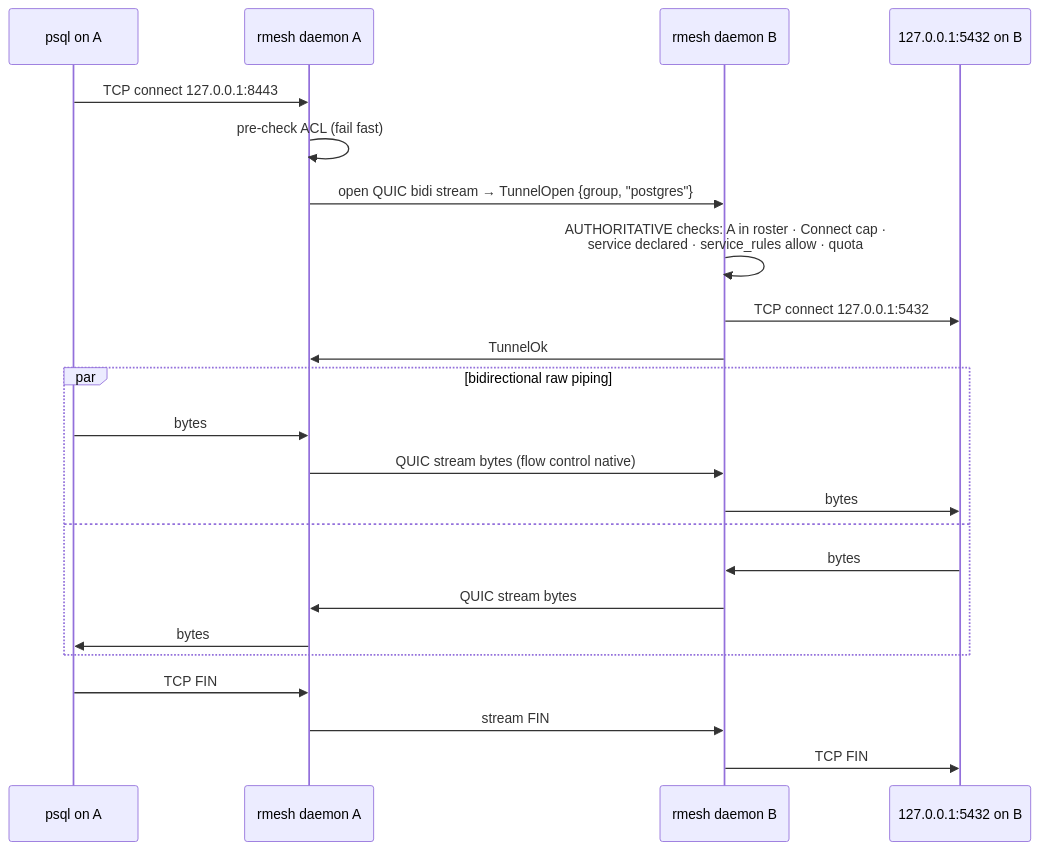
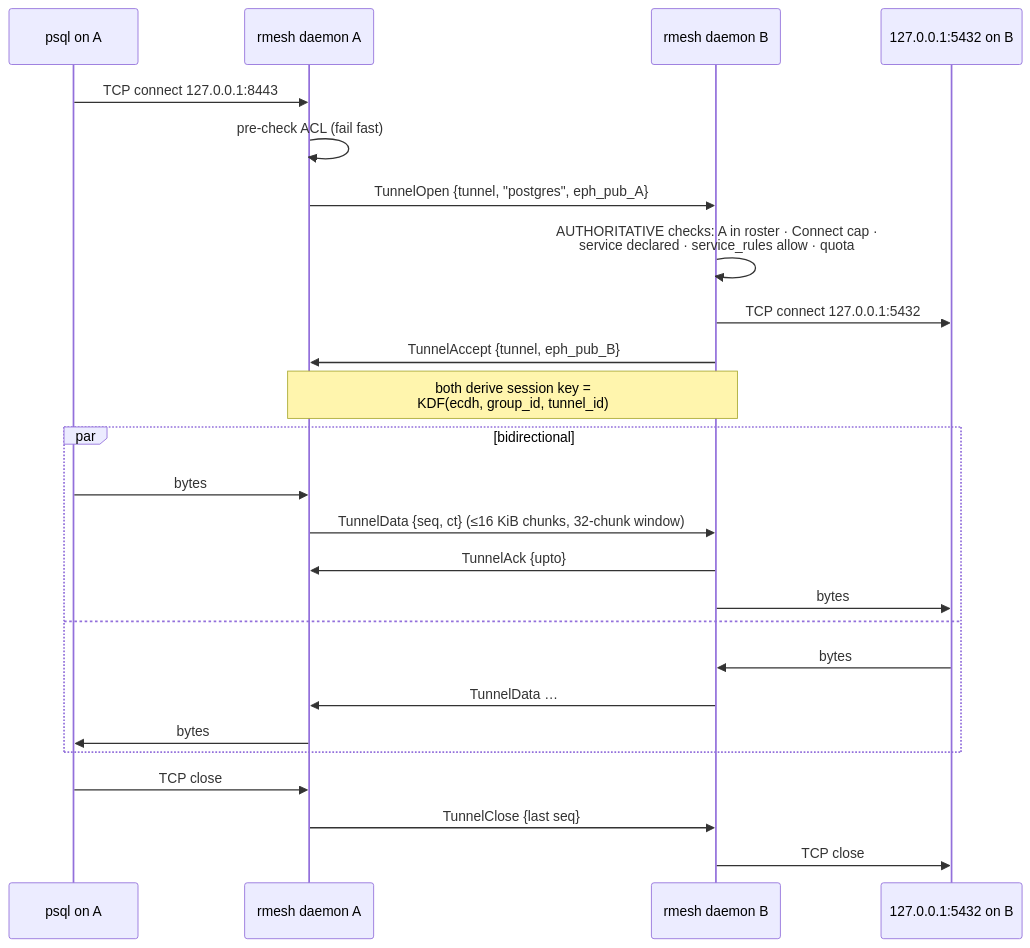
The fourth of 5 diagrams in docs/04-protocols.md (xoriors/rmesh), drawn with Mermaid before and after one commit. The commit also changed other lines of this file and 7 other files, not shown here.

````diff
--- a/docs/04-protocols.md
+++ b/docs/04-protocols.md
@@ -88,25 +93,27 @@
 ```mermaid
 sequenceDiagram
     participant App as psql on A
     participant A as rmesh daemon A
     participant B as rmesh daemon B
     participant S as 127.0.0.1:5432 on B
     App->>A: TCP connect 127.0.0.1:8443
     A->>A: pre-check ACL (fail fast)
-    A->>B: open QUIC bidi stream → TunnelOpen {group, "postgres"}
+    A->>B: TunnelOpen {tunnel, "postgres", eph_pub_A}
     B->>B: AUTHORITATIVE checks: A in roster · Connect cap ·<br/>service declared · service_rules allow · quota
     B->>S: TCP connect 127.0.0.1:5432
-    B->>A: TunnelOk
-    par bidirectional raw piping
+    B->>A: TunnelAccept {tunnel, eph_pub_B}
+    Note over A,B: both derive session key =<br/>KDF(ecdh, group_id, tunnel_id)
+    par bidirectional
         App->>A: bytes
-        A->>B: QUIC stream bytes (flow control native)
+        A->>B: TunnelData {seq, ct} (≤16 KiB chunks, 32-chunk window)
+        B->>A: TunnelAck {upto}
         B->>S: bytes
     and
         S->>B: bytes
-        B->>A: QUIC stream bytes
+        B->>A: TunnelData …
         A->>App: bytes
     end
-    App->>A: TCP FIN
-    A->>B: stream FIN
-    B->>S: TCP FIN
+    App->>A: TCP close
+    A->>B: TunnelClose {last seq}
+    B->>S: TCP close
 ```
````
